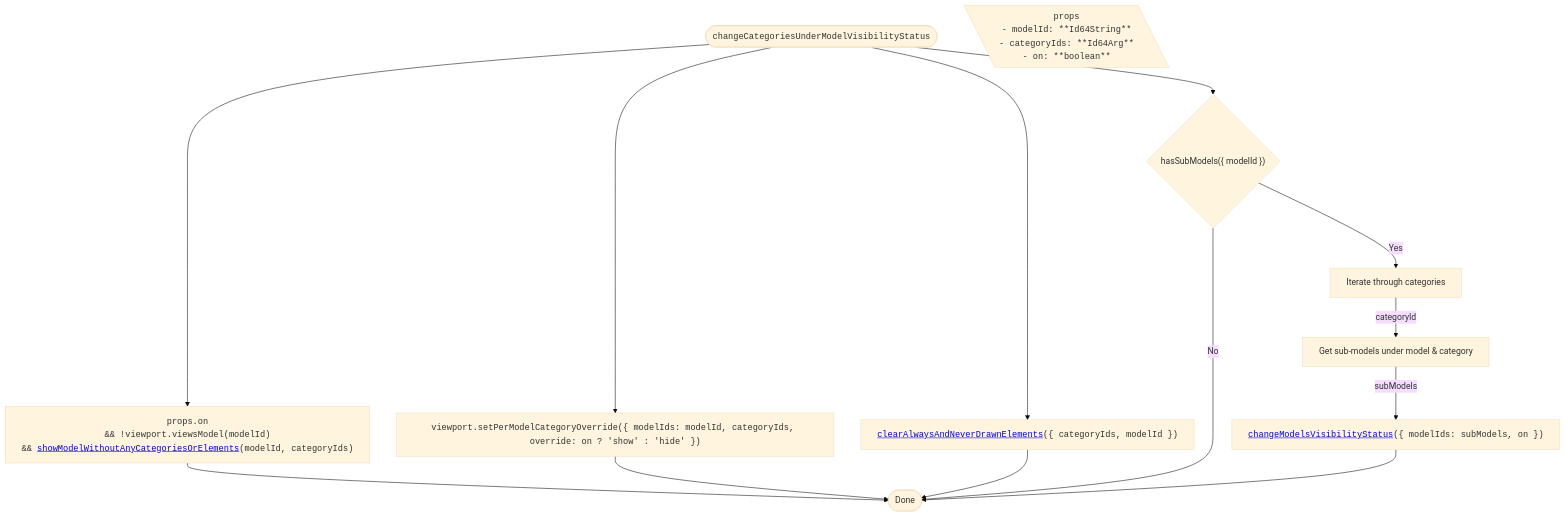
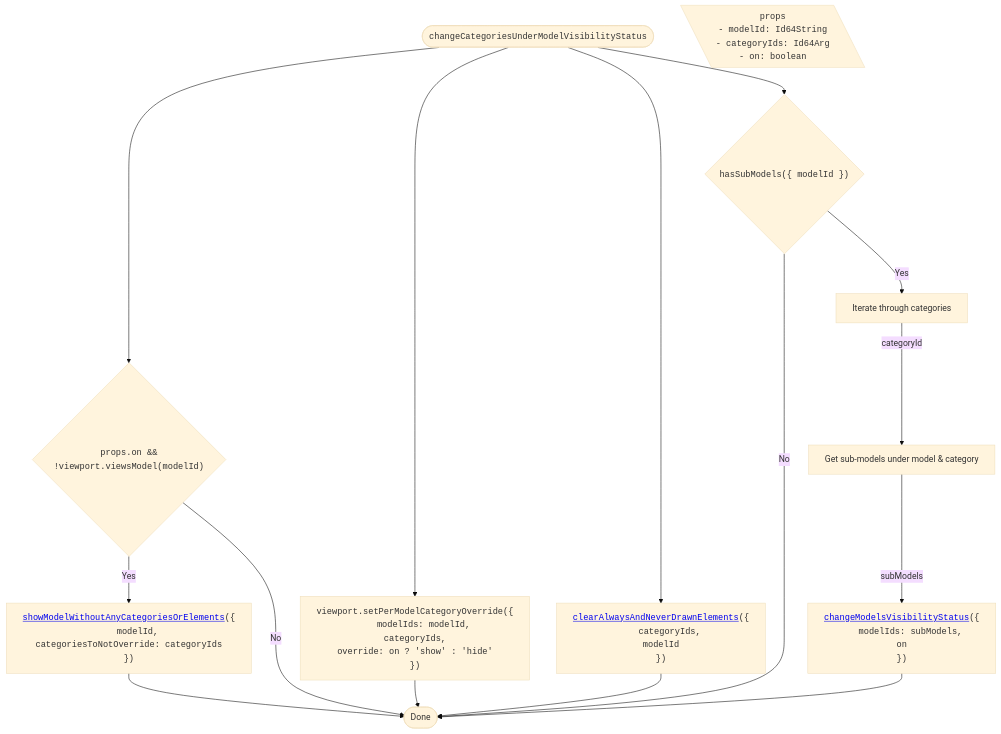
Before and after one commit to iTwin/viewer-components-react: the tenth of 14 diagrams in packages/itwin/tree-widget/docs/SharedVisibilityHandling.md, drawn with Mermaid (base theme). The commit also changed other lines of this file and 4 other files, not shown here.

````diff
--- a/packages/itwin/tree-widget/docs/SharedVisibilityHandling.md
+++ b/packages/itwin/tree-widget/docs/SharedVisibilityHandling.md
@@ -568,34 +656,49 @@
 ```mermaid
 ---
 config:
   flowchart:
     wrappingWidth: 750
     useMaxWidth: false
 ---
 
 flowchart TD
   RESULT_Done([Done])
 
   %% Start
-  TITLE(["<code>changeCategoriesUnderModelVisibilityStatus</code>"]) --> A["<code>props.on <br/> && !viewport.viewsModel(modelId) <br/> && <a href='#showmodelwithoutanycategoriesorelements'>showModelWithoutAnyCategoriesOrElements</a>(modelId, categoryIds)</code>"]
+  TITLE(["<code>changeCategoriesUnderModelVisibilityStatus</code>"]) --> A{"<code>props.on  && <br/> !viewport.viewsModel(modelId) </code>"}
 
   PROPS[\"
     <code>props</code>
-    <code style='text-align: left;'>- modelId: **Id64String**<br/>- categoryIds: **Id64Arg**<br/>- on: **boolean**</code>
+    <code style='text-align: left;'>- modelId: Id64String<br/>- categoryIds: Id64Arg<br/>- on: boolean</code>
   "\]
 
   %% All run in parallel (merge)
-  A --> RESULT_Done
+  A -- Yes --> A1["<code style='text-align: left;'><a href='#showmodelwithoutanycategoriesorelements'>showModelWithoutAnyCategoriesOrElements</a>({
+  <code style='padding-left: 2rem'>modelId,
+  categoriesToNotOverride: categoryIds</code>
+  })</code>"]
+  A1 --> RESULT_Done
+  A -- No --> RESULT_Done
 
-  TITLE --> B["<code>viewport.setPerModelCategoryOverride({ modelIds: modelId, categoryIds, override: on ? 'show' : 'hide' })</code>"]
-  TITLE --> C["<code><a href='#clearalwaysandneverdrawnelements'>clearAlwaysAndNeverDrawnElements</a>({ categoryIds, modelId })</code>"]
-  TITLE --> D{"hasSubModels({ modelId })"}
+  TITLE --> B["<code style='text-align: left;'>viewport.setPerModelCategoryOverride({
+    <code style='padding-left: 2rem'>modelIds: modelId,
+    categoryIds,
+    override: on ? 'show' : 'hide'</code>
+  })</code>"]
+  TITLE --> C["<code style='text-align: left;'><a href='#clearalwaysandneverdrawnelements'>clearAlwaysAndNeverDrawnElements</a>({
+    <code style='padding-left: 2rem'>categoryIds,
+    modelId</code>
+  })</code>"]
+  TITLE --> D{"<code>hasSubModels({ modelId })</code>"}
   D -- Yes --> D1["Iterate through categories"]
   D1 -- categoryId --> D2["Get sub-models under model & category"]
-  D2 -- subModels --> D3["<code><a href='#changemodelsvisibilitystatus'>changeModelsVisibilityStatus</a>({ modelIds: subModels, on })</code>"]
+  D2 -- subModels --> D3["<code style='text-align: left;'><a href='#changemodelsvisibilitystatus'>changeModelsVisibilityStatus</a>({
+    <code style='padding-left: 2rem'>modelIds: subModels,
+    on</code>
+  })</code>"]
 
   B --> RESULT_Done
   C --> RESULT_Done
   D -- No --> RESULT_Done
   D3 --> RESULT_Done
 ```
````
